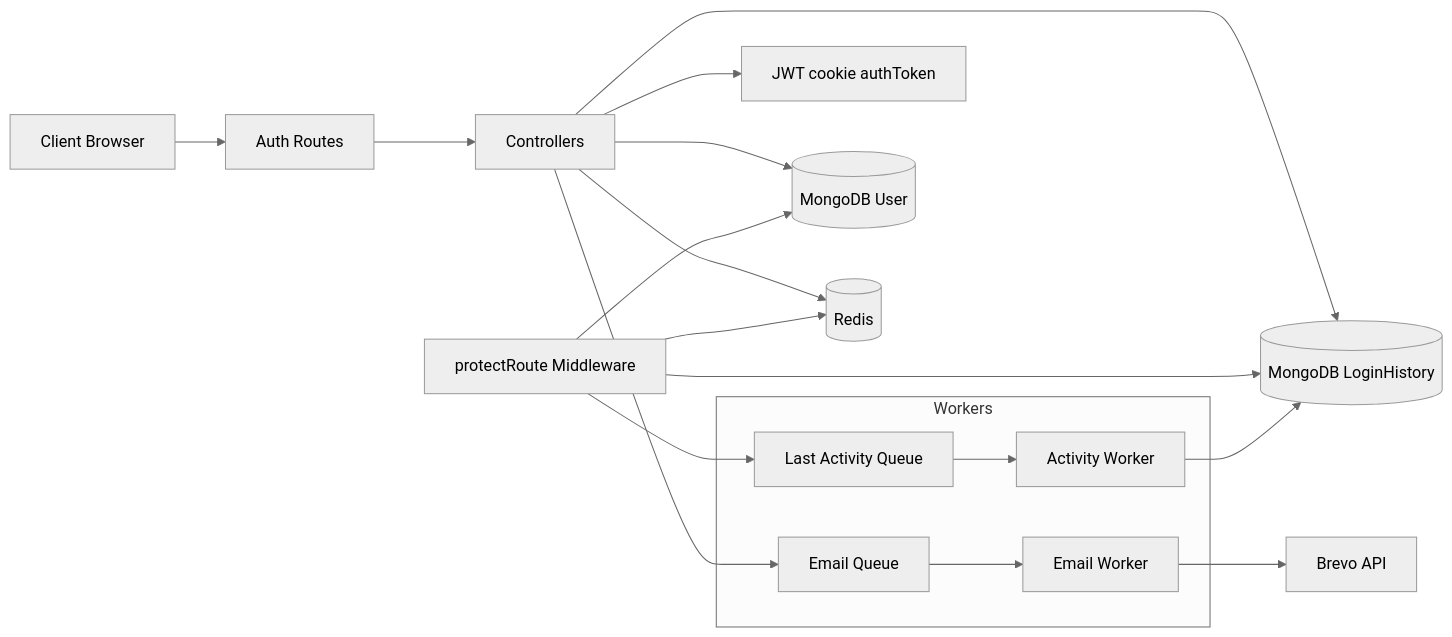
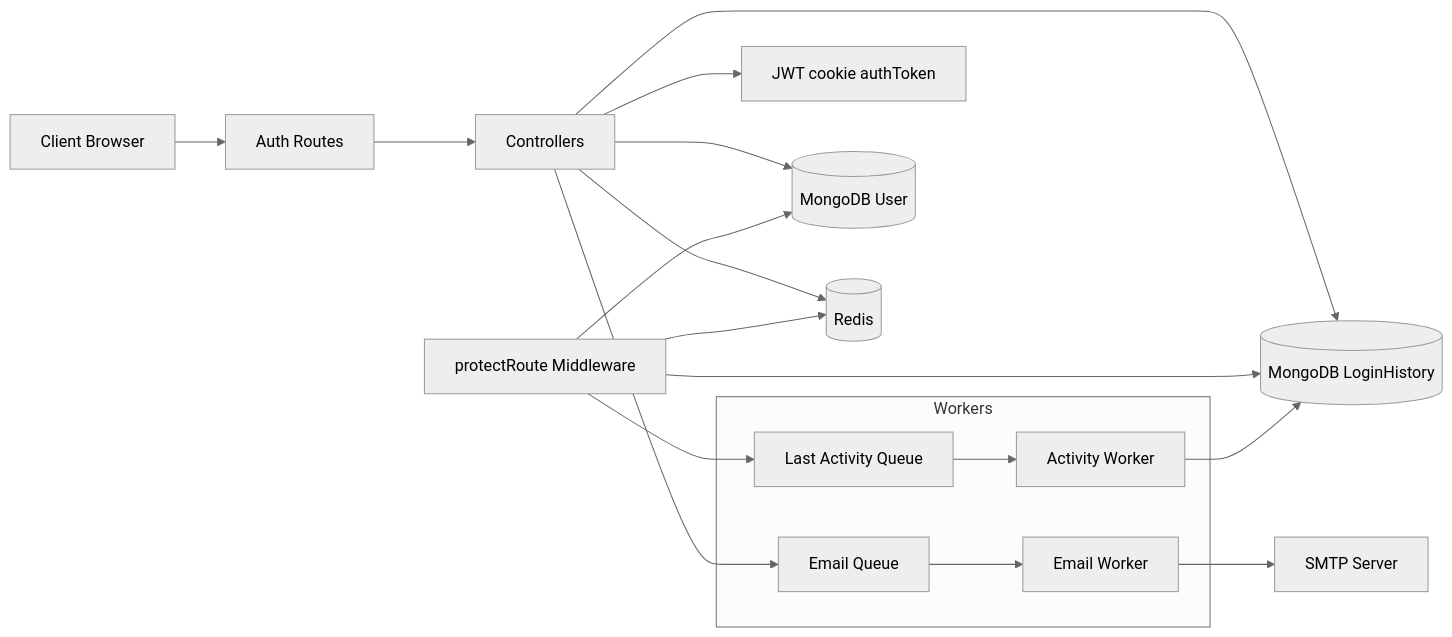
Before and after one commit to IamDevTrivedi/Trimium: the first of 10 diagrams in docs/architecture/AUTHENTICATION_AND_SESSION_MANAGEMENT_ARCHITECTURE.md, drawn with Mermaid (neutral theme). The commit also changed 69 other files, not shown here.

````diff
--- a/docs/architecture/AUTHENTICATION_AND_SESSION_MANAGEMENT_ARCHITECTURE.md
+++ b/docs/architecture/AUTHENTICATION_AND_SESSION_MANAGEMENT_ARCHITECTURE.md
@@ -17,24 +17,24 @@
 ```mermaid
 flowchart LR
     C[Client Browser] --> A[Auth Routes]
     A --> B[Controllers]
 
     B --> D[JWT cookie authToken]
     B --> E[(MongoDB User)]
     B --> F[(MongoDB LoginHistory)]
     B --> G[(Redis)]
     B --> H[Email Queue]
 
     I[protectRoute Middleware] --> G
     I --> E
     I --> F
     I --> J[Last Activity Queue]
 
     subgraph Workers
         H --> K[Email Worker]
         J --> L[Activity Worker]
     end
 
-    K --> M[Brevo API]
+    K --> M[SMTP Server]
     L --> F
 ```
````
